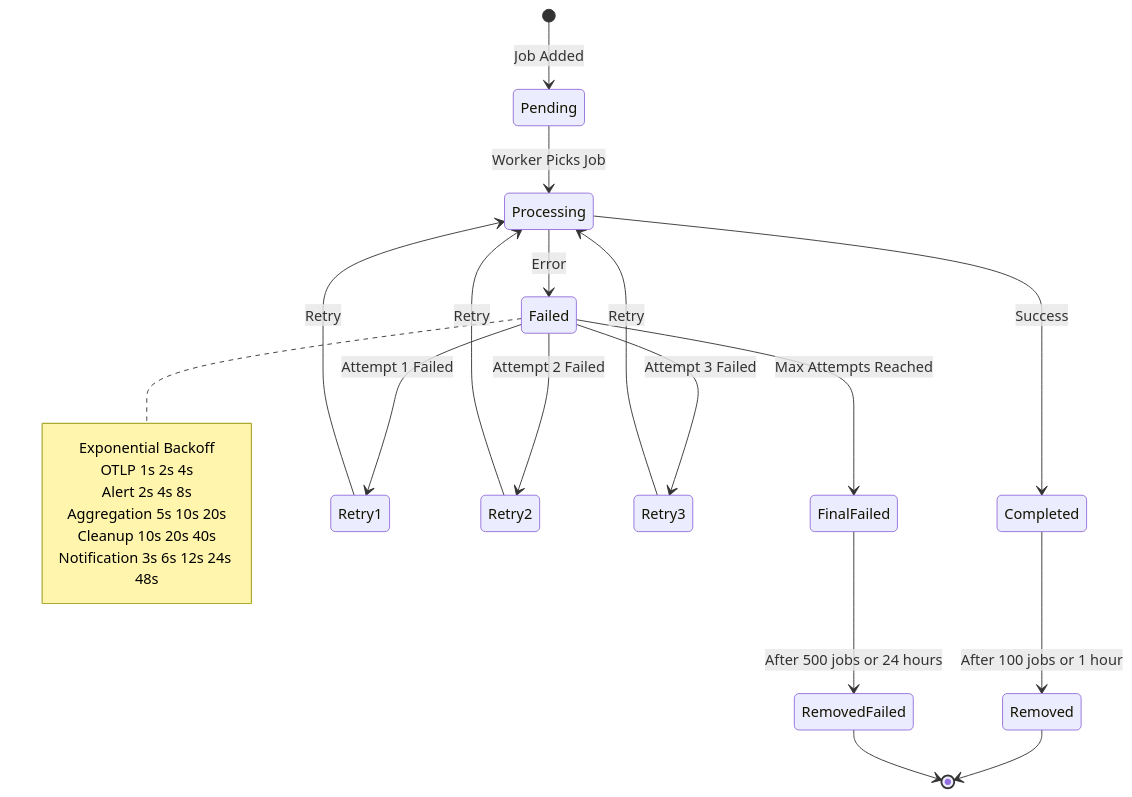
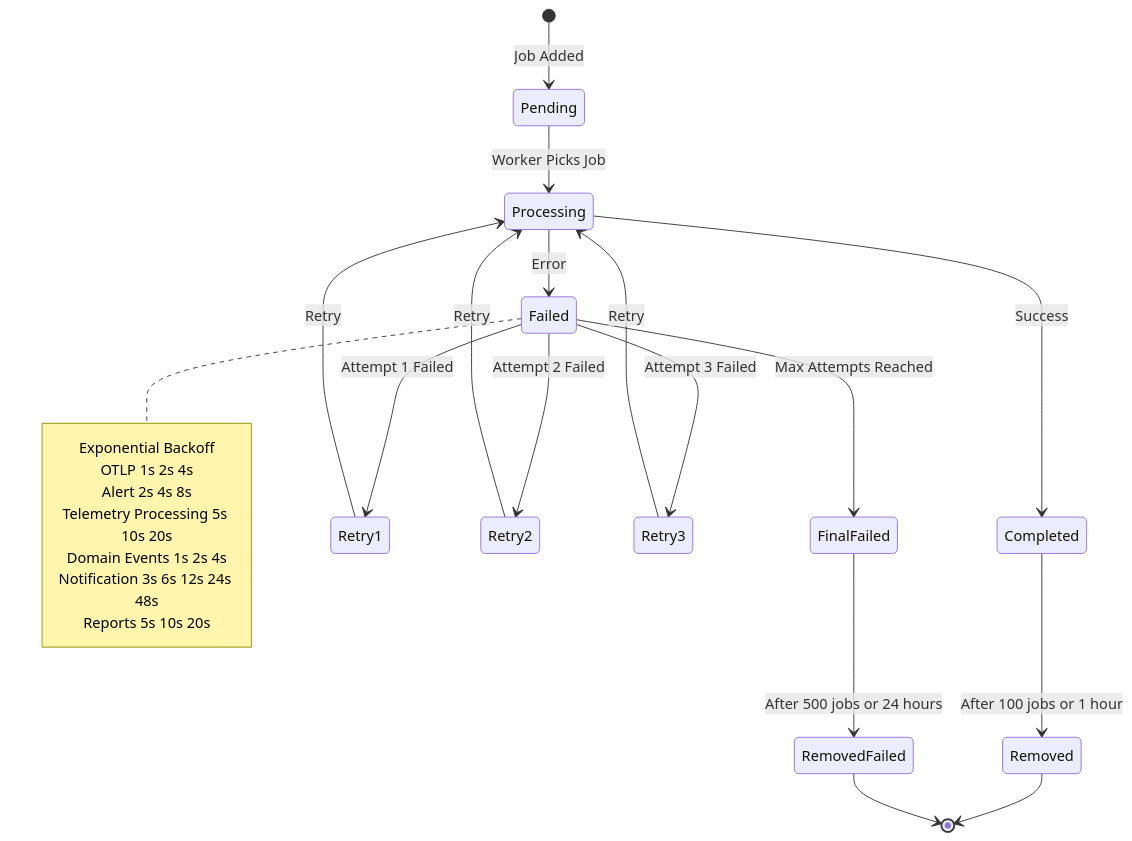
Diagram 12 of 54 in architecture/05-PERFORMANCE.md (telemetryflow/telemetryflow-overview), drawn with Mermaid before and after one commit. The commit also changed other lines of this file and 68 other files, not shown here.

````diff
--- a/architecture/05-PERFORMANCE.md
+++ b/architecture/05-PERFORMANCE.md
@@ -481,32 +486,33 @@
 ```mermaid
 stateDiagram-v2
     [*] --> Pending: Job Added
     Pending --> Processing: Worker Picks Job
 
     Processing --> Completed: Success
     Processing --> Failed: Error
 
     Failed --> Retry1: Attempt 1 Failed
     Failed --> Retry2: Attempt 2 Failed
     Failed --> Retry3: Attempt 3 Failed
     Failed --> FinalFailed: Max Attempts Reached
 
     Retry1 --> Processing: Retry
     Retry2 --> Processing: Retry
     Retry3 --> Processing: Retry
 
     Completed --> Removed: After 100 jobs or 1 hour
     FinalFailed --> RemovedFailed: After 500 jobs or 24 hours
 
     Removed --> [*]
     RemovedFailed --> [*]
 
     note right of Failed
         Exponential Backoff
         OTLP 1s 2s 4s
         Alert 2s 4s 8s
-        Aggregation 5s 10s 20s
-        Cleanup 10s 20s 40s
+        Telemetry Processing 5s 10s 20s
+        Domain Events 1s 2s 4s
         Notification 3s 6s 12s 24s 48s
+        Reports 5s 10s 20s
     end note
 ```
````
